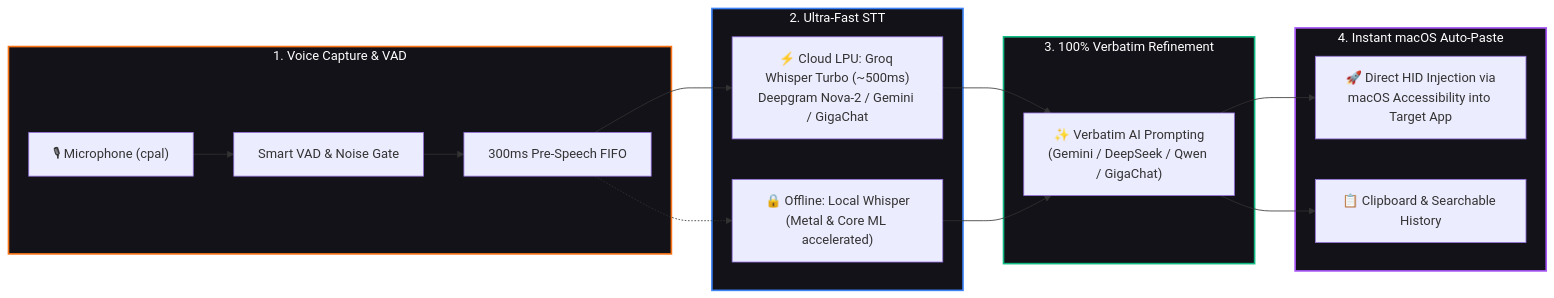
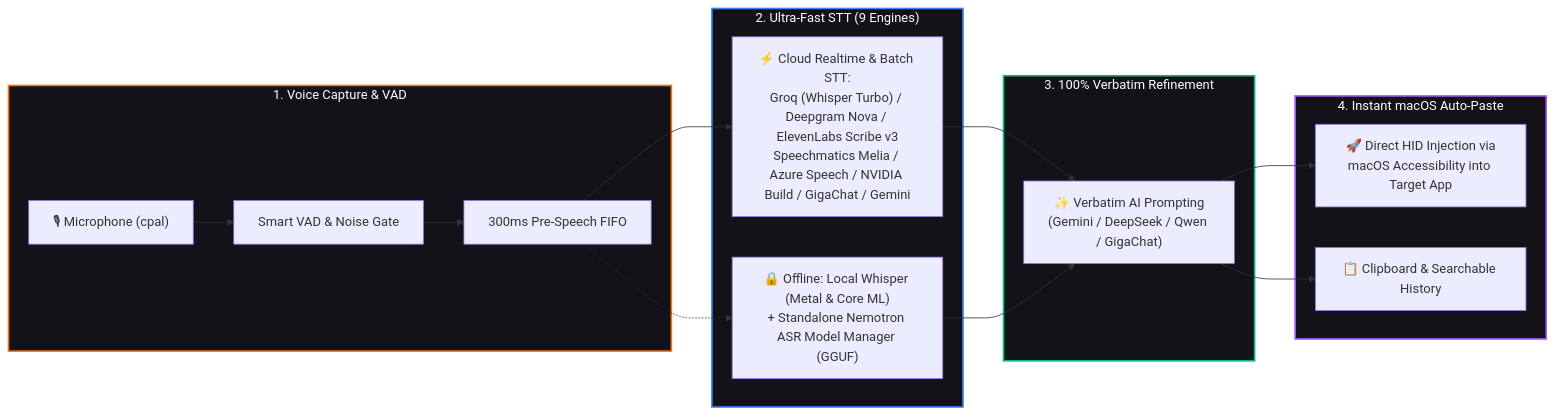
One commit to AVP-Dev/nyx-vox changed the diagram in README.md. Above: the diagram before and after it, drawn with Mermaid. The commit also changed other lines of this file and 4 other files, not shown here.

Commit message:
docs: update README with 9 STT engines and clean up v1.6.0 release notes

````diff
--- a/README.md
+++ b/README.md
@@ -32,27 +32,27 @@
 ```mermaid
 graph LR
     subgraph Step1 ["1. Voice Capture & VAD"]
         MIC["🎙 Microphone (cpal)"] --> VAD["Smart VAD & Noise Gate"]
         VAD --> BUFF["300ms Pre-Speech FIFO"]
     end
 
-    subgraph Step2 ["2. Ultra-Fast STT"]
-        BUFF --> CLOUD["⚡ Cloud LPU: Groq Whisper Turbo (~500ms)<br/>Deepgram Nova-2 / Gemini / GigaChat"]
-        BUFF -.-> LOCAL["🔒 Offline: Local Whisper<br/>(Metal & Core ML accelerated)"]
+    subgraph Step2 ["2. Ultra-Fast STT (9 Engines)"]
+        BUFF --> CLOUD["⚡ Cloud Realtime & Batch STT:<br/>Groq (Whisper Turbo) / Deepgram Nova / ElevenLabs Scribe v3<br/>Speechmatics Melia / Azure Speech / NVIDIA Build / GigaChat / Gemini"]
+        BUFF -.-> LOCAL["🔒 Offline: Local Whisper (Metal & Core ML)<br/>+ Standalone Nemotron ASR Model Manager (GGUF)"]
     end
 
     subgraph Step3 ["3. 100% Verbatim Refinement"]
         CLOUD --> LLM["✨ Verbatim AI Prompting<br/>(Gemini / DeepSeek / Qwen / GigaChat)"]
         LOCAL --> LLM
     end
 
     subgraph Step4 ["4. Instant macOS Auto-Paste"]
         LLM --> PASTE["🚀 Direct HID Injection via<br/>macOS Accessibility into Target App"]
         LLM --> CLIP["📋 Clipboard & Searchable History"]
     end
 
     style Step1 fill:#121218,stroke:#f97316,stroke-width:2px,color:#fff
     style Step2 fill:#121218,stroke:#3b82f6,stroke-width:2px,color:#fff
     style Step3 fill:#121218,stroke:#10b981,stroke-width:2px,color:#fff
     style Step4 fill:#121218,stroke:#a855f7,stroke-width:2px,color:#fff
 ```
````
